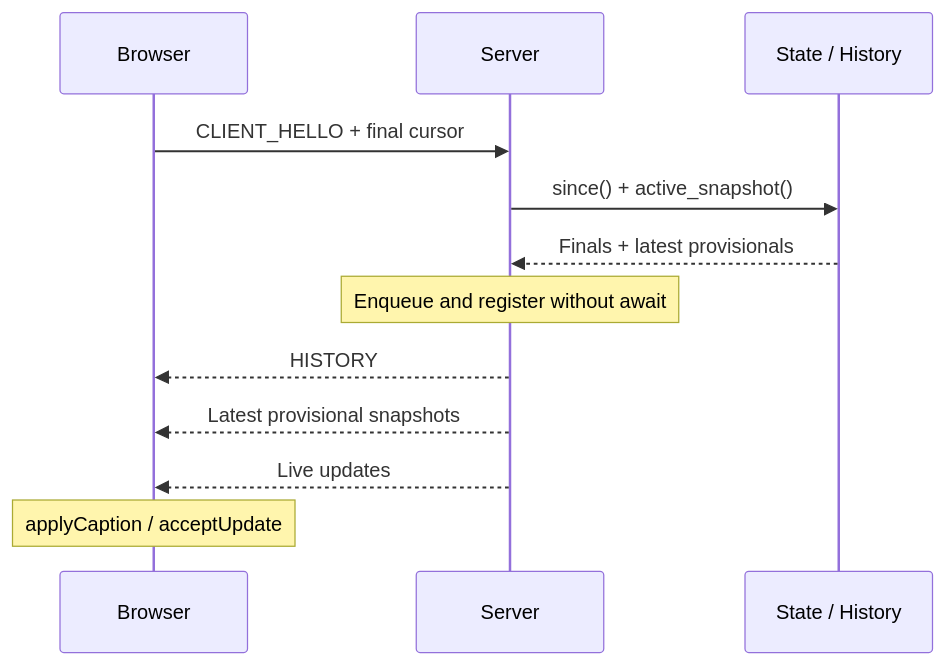
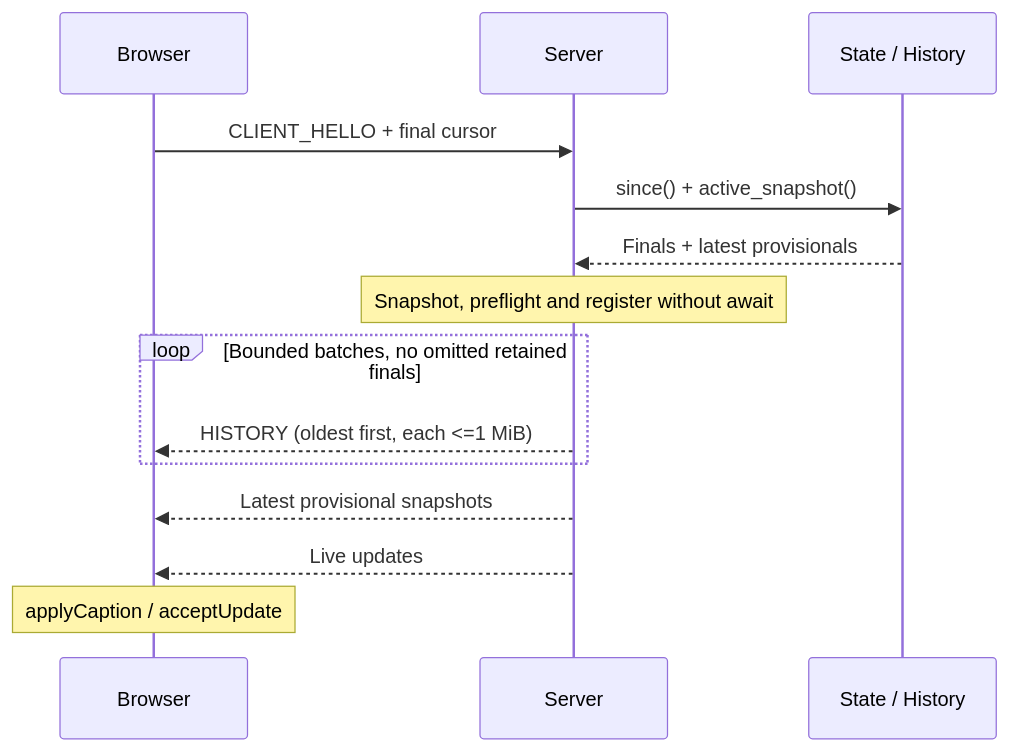
One commit to lulu-wen/cs3103-a4-liverecall changed the diagram in docs/report/figures/reconnect_recovery.mmd. Above: the diagram before and after it, drawn with Mermaid. The commit also changed 16 other files, not shown here.

Commit message:
docs: refresh recovery report and architecture diagrams

```diff
--- a/docs/report/figures/reconnect_recovery.mmd
+++ b/docs/report/figures/reconnect_recovery.mmd
@@ -1,12 +1,14 @@
 sequenceDiagram
     participant C as Browser
     participant S as Server
     participant D as State / History
     C->>S: CLIENT_HELLO + final cursor
     S->>D: since() + active_snapshot()
     D-->>S: Finals + latest provisionals
-    Note over S: Enqueue and register without await
-    S-->>C: HISTORY
+    Note over S: Snapshot, preflight and register without await
+    loop Bounded batches, no omitted retained finals
+        S-->>C: HISTORY (oldest first, each <=1 MiB)
+    end
     S-->>C: Latest provisional snapshots
     S-->>C: Live updates
     Note over C: applyCaption / acceptUpdate
```
